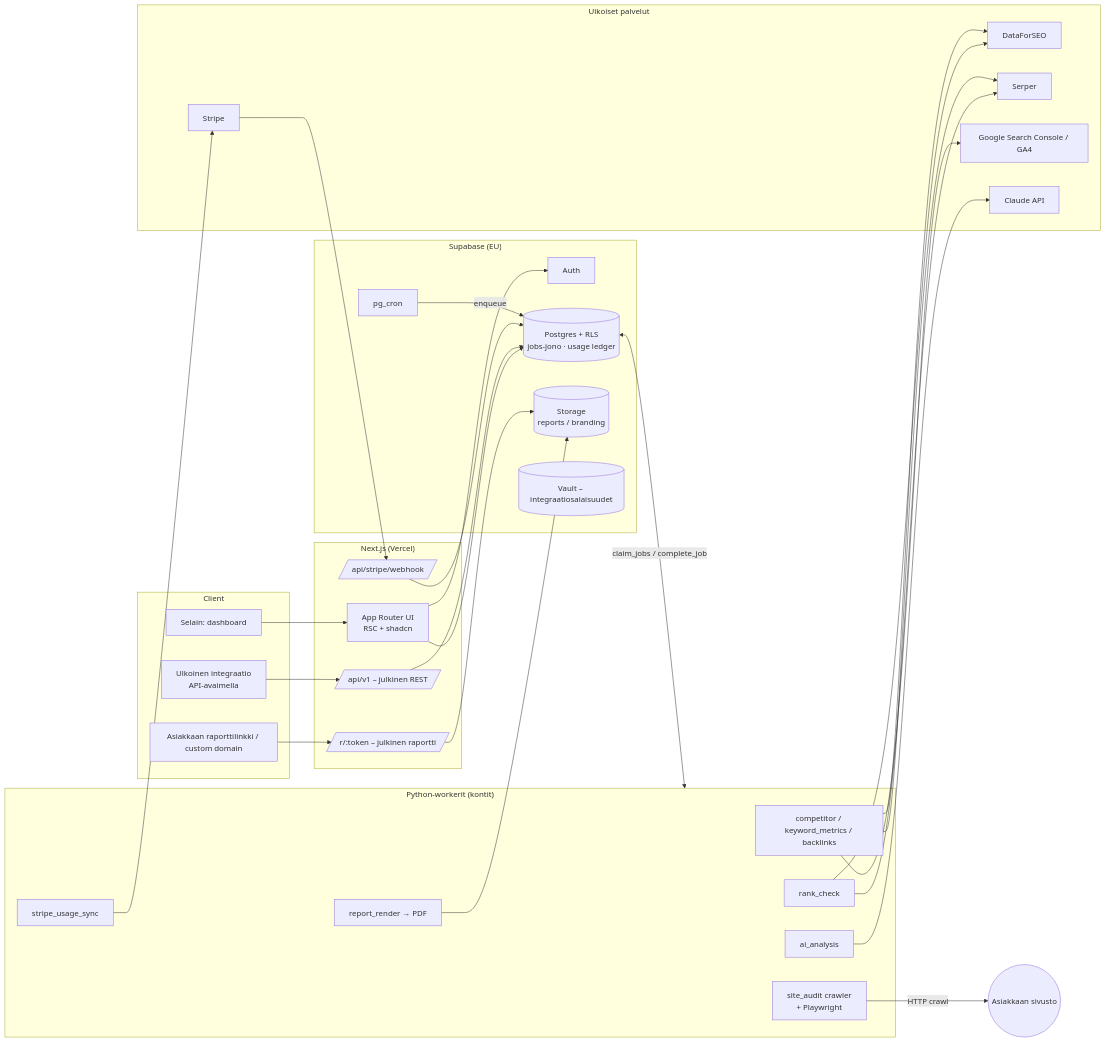
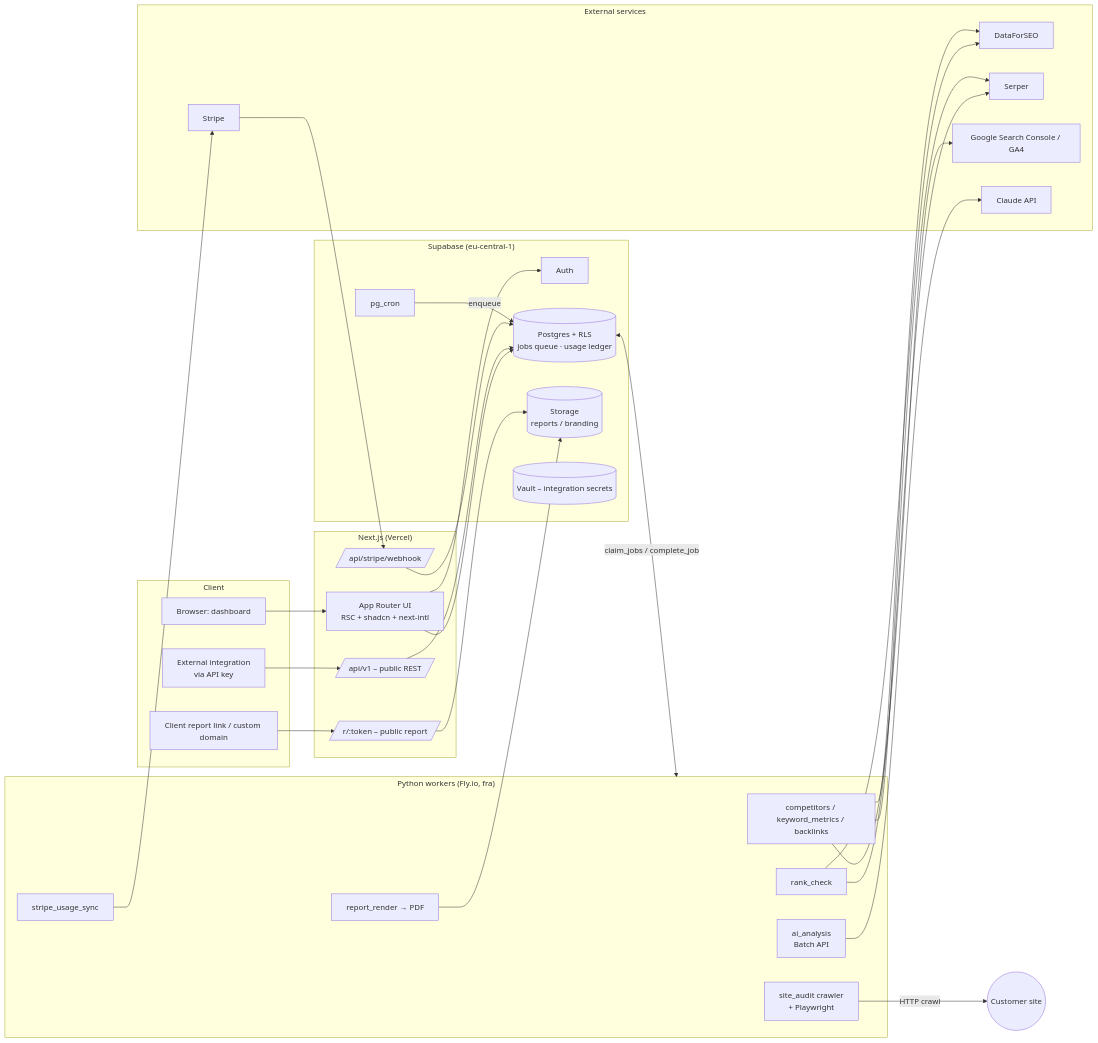
Before and after one commit to BraiGAIP/openseo: the first of 2 diagrams in docs/ARCHITECTURE.md, drawn with Mermaid. The commit also changed other lines of this file and 12 other files, not shown here.

First line of the commit message:
OpenSEO: apply decisions, deploy schema to Supabase, add FK indexes

````diff
--- a/docs/ARCHITECTURE.md
+++ b/docs/ARCHITECTURE.md
@@ -64,54 +71,54 @@
 ```mermaid
 flowchart LR
   subgraph Client
-    U[Selain: dashboard] 
-    C[Asiakkaan raporttilinkki / custom domain]
-    X[Ulkoinen integraatio<br/>API-avaimella]
+    U[Browser: dashboard]
+    C[Client report link / custom domain]
+    X[External integration<br/>via API key]
   end
 
   subgraph Vercel["Next.js (Vercel)"]
-    UI[App Router UI<br/>RSC + shadcn]
-    API[/api/v1 – julkinen REST/]
+    UI[App Router UI<br/>RSC + shadcn + next-intl]
+    API[/api/v1 – public REST/]
     WH[/api/stripe/webhook/]
-    RR[/r/:token – julkinen raportti/]
+    RR[/r/:token – public report/]
   end
 
-  subgraph Supabase["Supabase (EU)"]
+  subgraph Supabase["Supabase (eu-central-1)"]
     AUTH[Auth]
-    PG[(Postgres + RLS<br/>jobs-jono · usage ledger)]
+    PG[(Postgres + RLS<br/>jobs queue · usage ledger)]
     CRON[pg_cron]
     ST[(Storage<br/>reports / branding)]
-    V[(Vault – integraatiosalaisuudet)]
+    V[(Vault – integration secrets)]
   end
 
-  subgraph Workers["Python-workerit (kontit)"]
+  subgraph Fly["Python workers (Fly.io, fra)"]
     W1[rank_check]
     W2[site_audit crawler<br/>+ Playwright]
-    W3[competitor / keyword_metrics / backlinks]
-    W4[ai_analysis]
+    W3[competitors / keyword_metrics / backlinks]
+    W4[ai_analysis<br/>Batch API]
     W5[report_render → PDF]
     W6[stripe_usage_sync]
   end
 
-  subgraph Ext["Ulkoiset palvelut"]
+  subgraph Ext["External services"]
     DFS[DataForSEO]
     SER[Serper]
     GSC[Google Search Console / GA4]
     CL[Claude API]
     STR[Stripe]
   end
 
   U --> UI --> PG
   UI --> AUTH
   X --> API --> PG
   C --> RR --> ST
   STR --> WH --> PG
   CRON -->|enqueue| PG
-  PG <-->|claim_jobs / complete_job| Workers
+  PG <-->|claim_jobs / complete_job| Fly
   W1 & W3 --> DFS & SER
-  W2 -->|HTTP crawl| Internet((Asiakkaan sivusto))
+  W2 -->|HTTP crawl| Internet((Customer site))
   W3 --> GSC
   W4 --> CL
   W5 --> ST
   W6 --> STR
 ```
````
